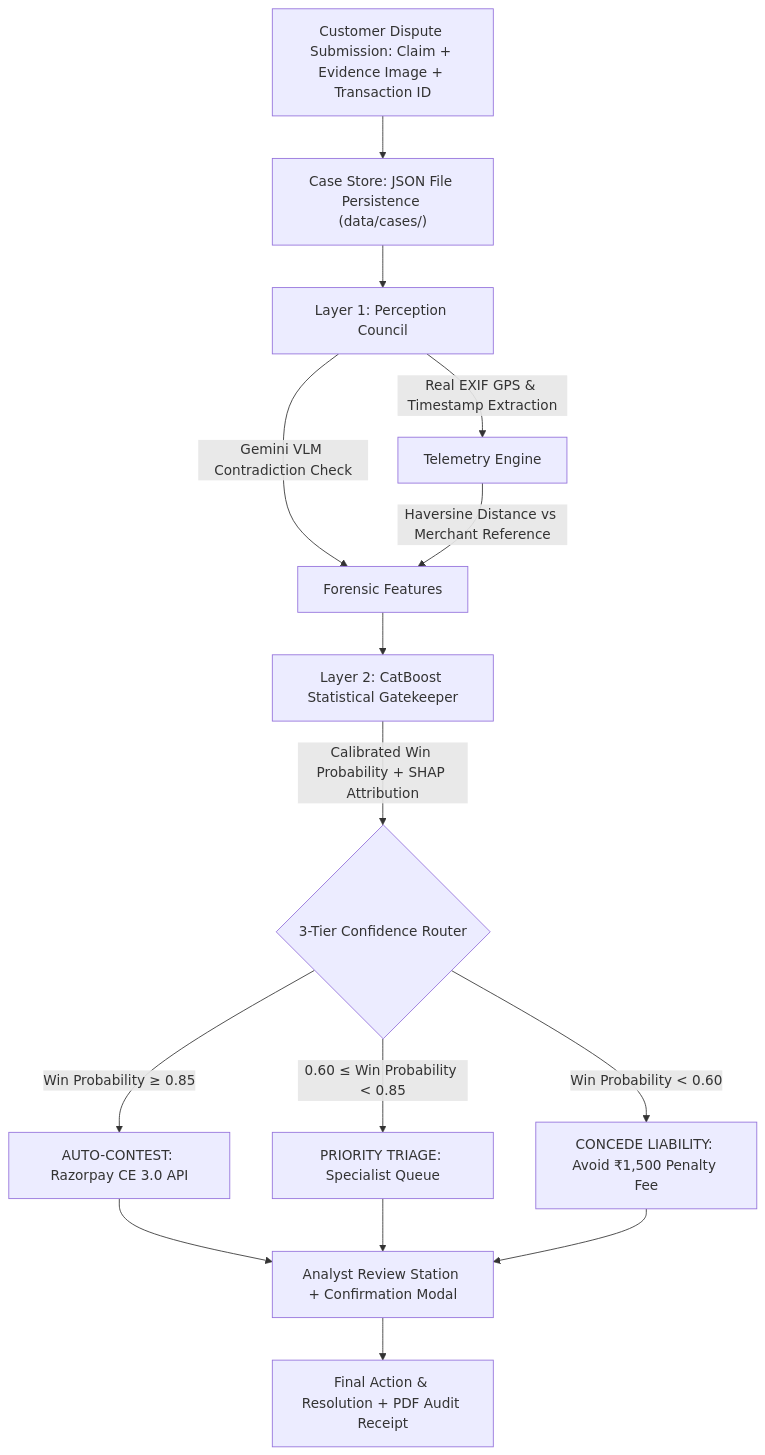
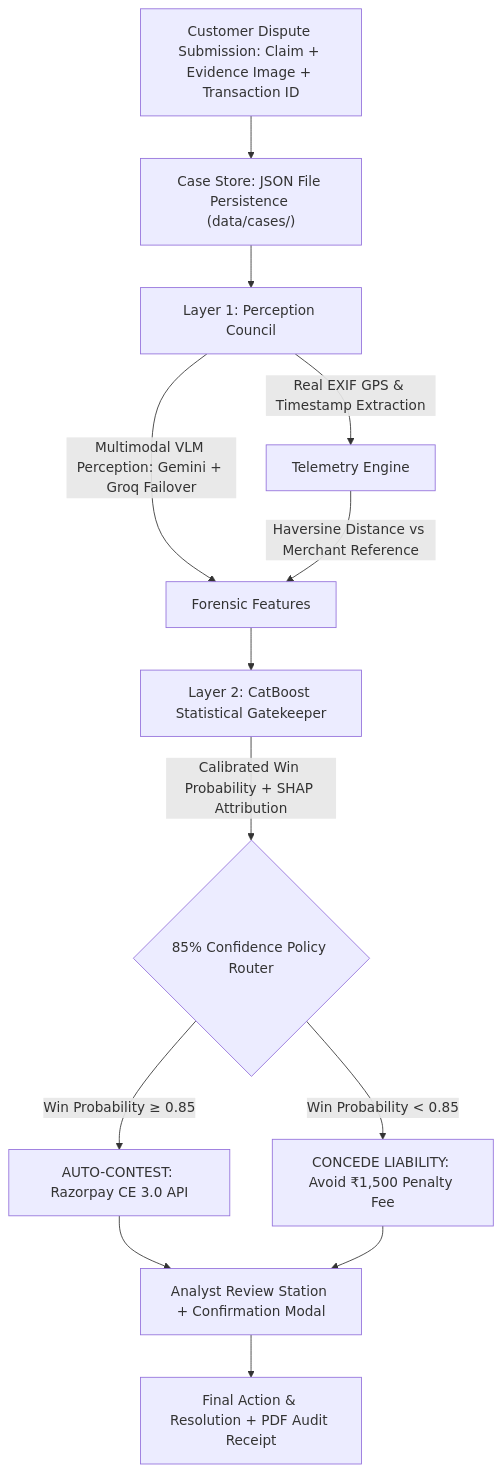
Before and after one commit to chethanataltaje/multimodal-chargeback-defender: the diagram in README.md, drawn with Mermaid. The commit also changed other lines of this file and 24 other files, not shown here.

````diff
--- a/README.md
+++ b/README.md
@@ -76,15 +75,14 @@
 ```mermaid
 graph TD
     A["Customer Dispute Submission: Claim + Evidence Image + Transaction ID"] --> B["Case Store: JSON File Persistence (data/cases/)"]
     B --> C["Layer 1: Perception Council"]
-    C -->|"Gemini VLM Contradiction Check"| D["Forensic Features"]
+    C -->|"Multimodal VLM Perception: Gemini + Groq Failover"| D["Forensic Features"]
     C -->|"Real EXIF GPS & Timestamp Extraction"| E["Telemetry Engine"]
     E -->|"Haversine Distance vs Merchant Reference"| D
     D --> F["Layer 2: CatBoost Statistical Gatekeeper"]
-    F -->|"Calibrated Win Probability + SHAP Attribution"| G{"3-Tier Confidence Router"}
+    F -->|"Calibrated Win Probability + SHAP Attribution"| G{"85% Confidence Policy Router"}
     G -- "Win Probability ≥ 0.85" --> H["AUTO-CONTEST: Razorpay CE 3.0 API"]
-    G -- "0.60 ≤ Win Probability < 0.85" --> I["PRIORITY TRIAGE: Specialist Queue"]
-    G -- "Win Probability < 0.60" --> J["CONCEDE LIABILITY: Avoid ₹1,500 Penalty Fee"]
-    H & I & J --> K["Analyst Review Station + Confirmation Modal"]
+    G -- "Win Probability < 0.85" --> J["CONCEDE LIABILITY: Avoid ₹1,500 Penalty Fee"]
+    H & J --> K["Analyst Review Station + Confirmation Modal"]
     K --> L["Final Action & Resolution + PDF Audit Receipt"]
 ```
````
